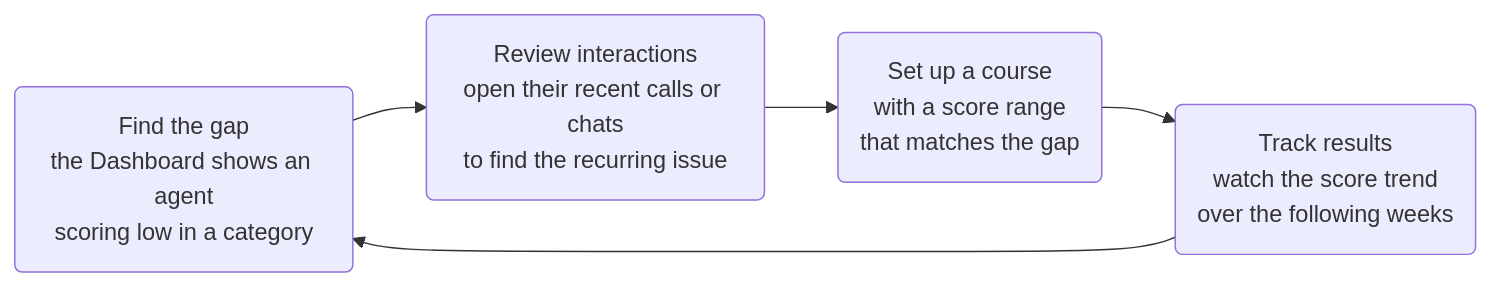
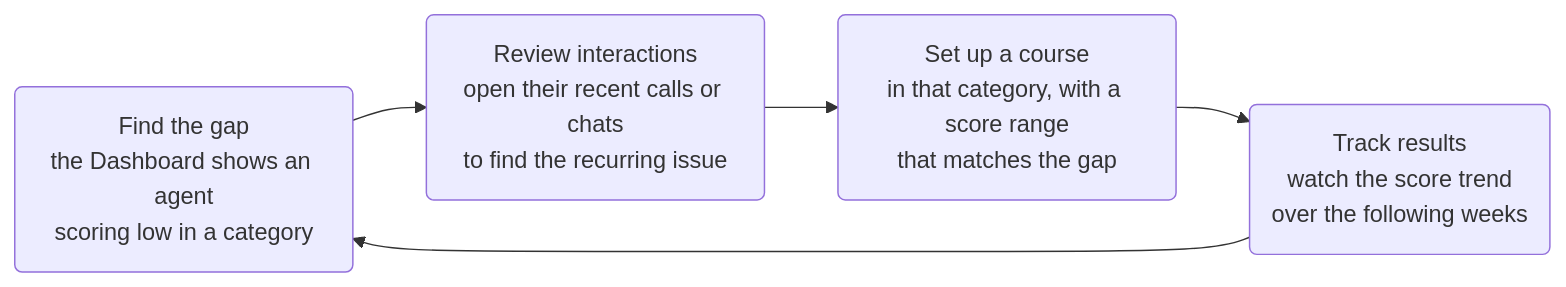
Before and after one commit to Botlhale-AI/docs-vela: the second of 2 diagrams in docs/features/monitor-agent-performance.md, drawn with Mermaid. The commit also changed other lines of this file, not shown here.

Commit message:
docs: name the category in the two remaining course-setup shorthands

````diff
--- a/docs/features/monitor-agent-performance.md
+++ b/docs/features/monitor-agent-performance.md
@@ -212,7 +212,7 @@
 ```mermaid
 flowchart LR
     A("Find the gap<br/>the Dashboard shows an agent<br/>scoring low in a category") --> B("Review interactions<br/>open their recent calls or chats<br/>to find the recurring issue")
-    B --> C("Set up a course<br/>with a score range<br/>that matches the gap")
+    B --> C("Set up a course<br/>in that category, with a score range<br/>that matches the gap")
     C --> D("Track results<br/>watch the score trend<br/>over the following weeks")
     D --> A
 ```
````
